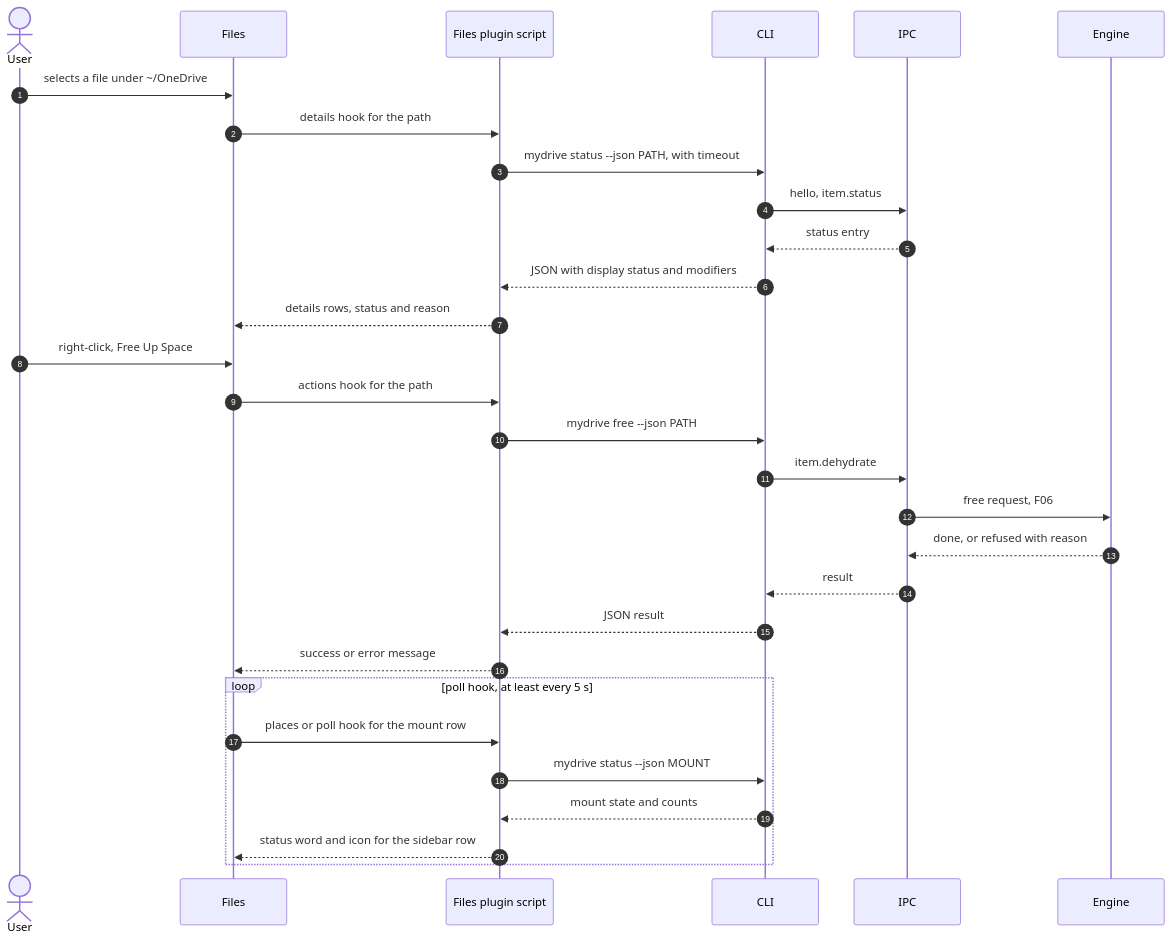
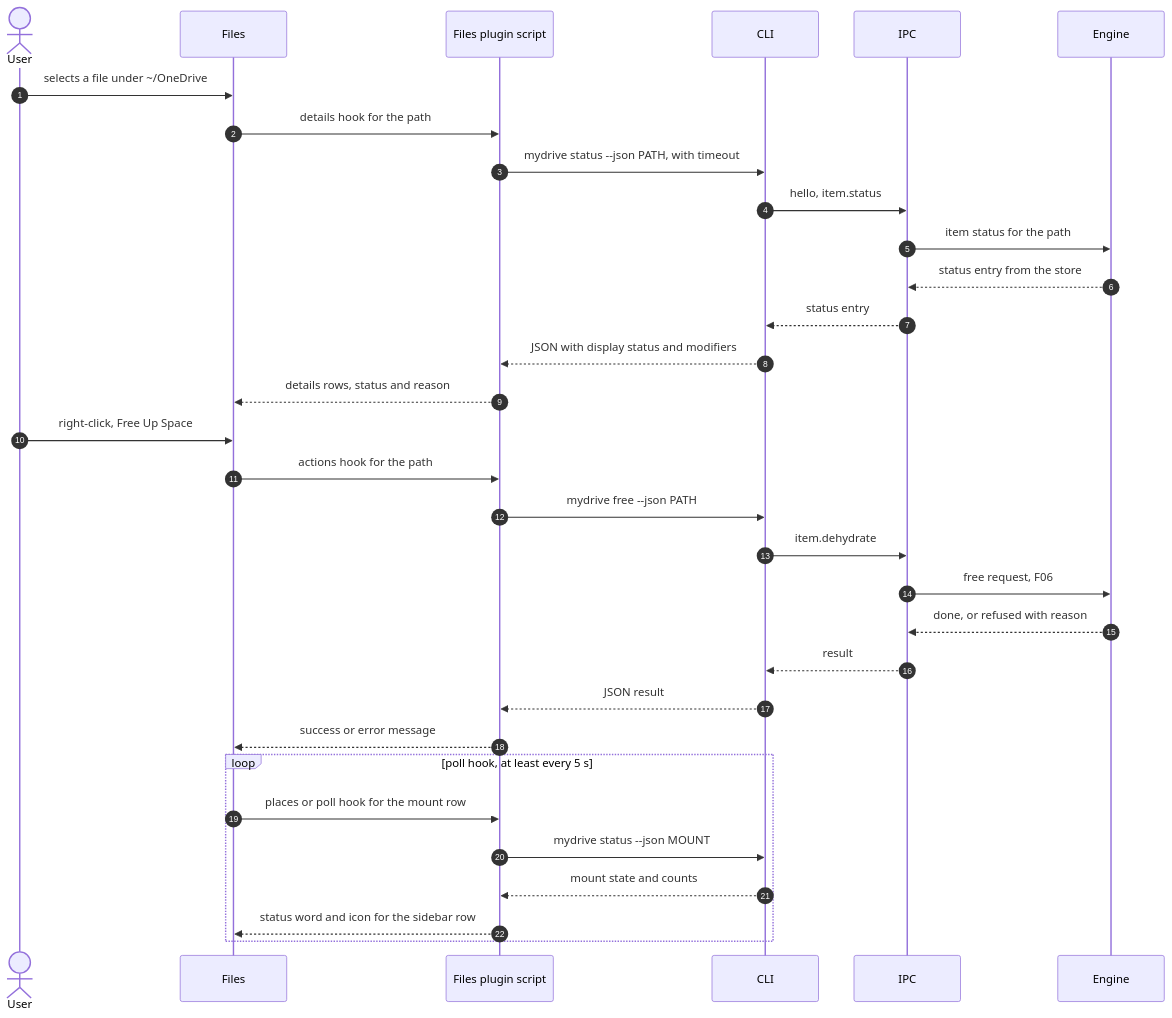
The second of 2 diagrams in docs/flows/F11-status-for-file-managers.md (paulpitchford/my-drive), drawn with Mermaid before and after one commit. The commit also changed other lines of this file and 19 other files, not shown here.

First line of the commit message:
docs(flows): amend flows and journeys for the M1 decisions

````diff
--- a/docs/flows/F11-status-for-file-managers.md
+++ b/docs/flows/F11-status-for-file-managers.md
@@ -56,33 +59,35 @@
 ```mermaid
 sequenceDiagram
     autonumber
     actor User
     participant Files
     participant Plugin as Files plugin script
     participant CLI
     participant IPC
     participant Engine
 
     User->>Files: selects a file under ~/OneDrive
     Files->>Plugin: details hook for the path
     Plugin->>CLI: mydrive status --json PATH, with timeout
     CLI->>IPC: hello, item.status
+    IPC->>Engine: item status for the path
+    Engine-->>IPC: status entry from the store
     IPC-->>CLI: status entry
     CLI-->>Plugin: JSON with display status and modifiers
     Plugin-->>Files: details rows, status and reason
     User->>Files: right-click, Free Up Space
     Files->>Plugin: actions hook for the path
     Plugin->>CLI: mydrive free --json PATH
     CLI->>IPC: item.dehydrate
     IPC->>Engine: free request, F06
     Engine-->>IPC: done, or refused with reason
     IPC-->>CLI: result
     CLI-->>Plugin: JSON result
     Plugin-->>Files: success or error message
     loop poll hook, at least every 5 s
         Files->>Plugin: places or poll hook for the mount row
         Plugin->>CLI: mydrive status --json MOUNT
         CLI-->>Plugin: mount state and counts
         Plugin-->>Files: status word and icon for the sidebar row
     end
 ```
````
